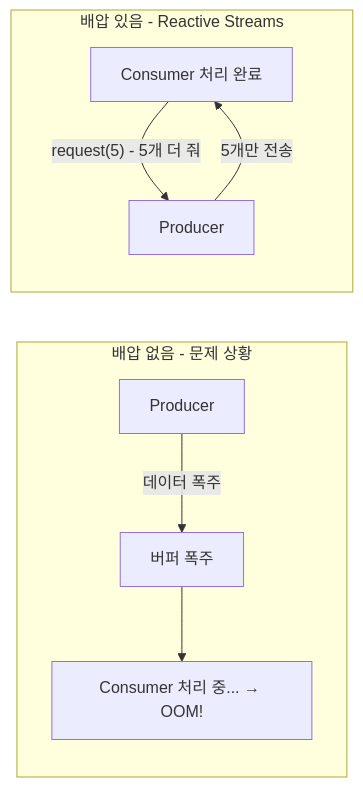
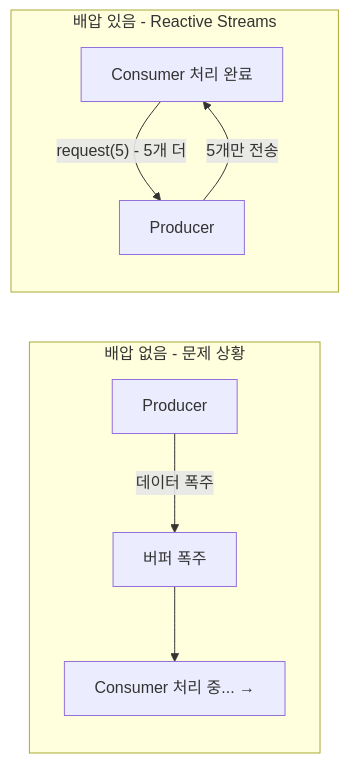
The fourth of 9 diagrams in _posts/spring/2026-05-01-spring-webflux.md (yjkim2015/yjkim2015.github.io), drawn with Mermaid before and after one commit. The commit also changed other lines of this file and 271 other files, not shown here.

First line of the commit message:
Mermaid 라벨 축소: 긴 노드 텍스트 18자 이하로 트림 + \n 제거

````diff
--- a/_posts/spring/2026-05-01-spring-webflux.md
+++ b/_posts/spring/2026-05-01-spring-webflux.md
@@ -120,10 +120,10 @@
 ```mermaid
 graph LR
     subgraph "배압 없음 - 문제 상황"
-        P1[Producer] -->|"데이터 폭주"| B1["버퍼 폭주"] --> C1["Consumer 처리 중... → OOM!"]
+        P1[Producer] -->|"데이터 폭주"| B1["버퍼 폭주"] --> C1["Consumer 처리 중... →"]
     end
     subgraph "배압 있음 - Reactive Streams"
-        C2["Consumer 처리 완료"] -->|"request(5) - 5개 더 줘"| P2[Producer]
+        C2["Consumer 처리 완료"] -->|"request(5) - 5개 더"| P2[Producer]
         P2 -->|"5개만 전송"| C2
     end
 ```
````
